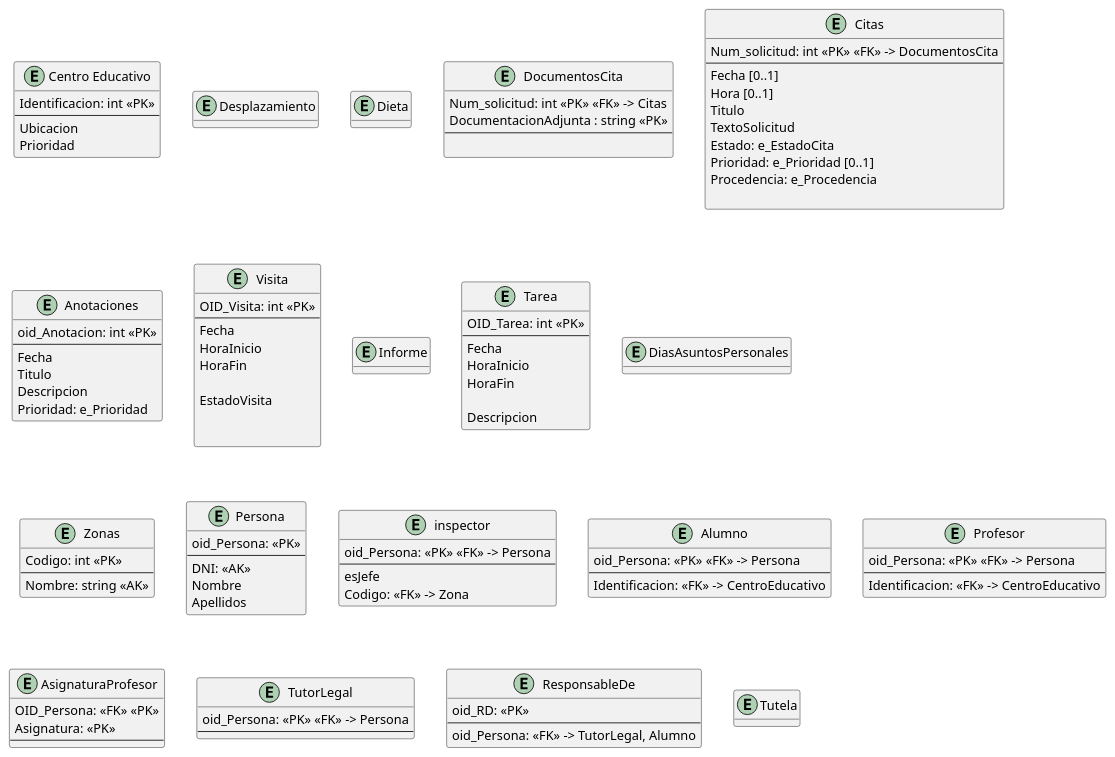
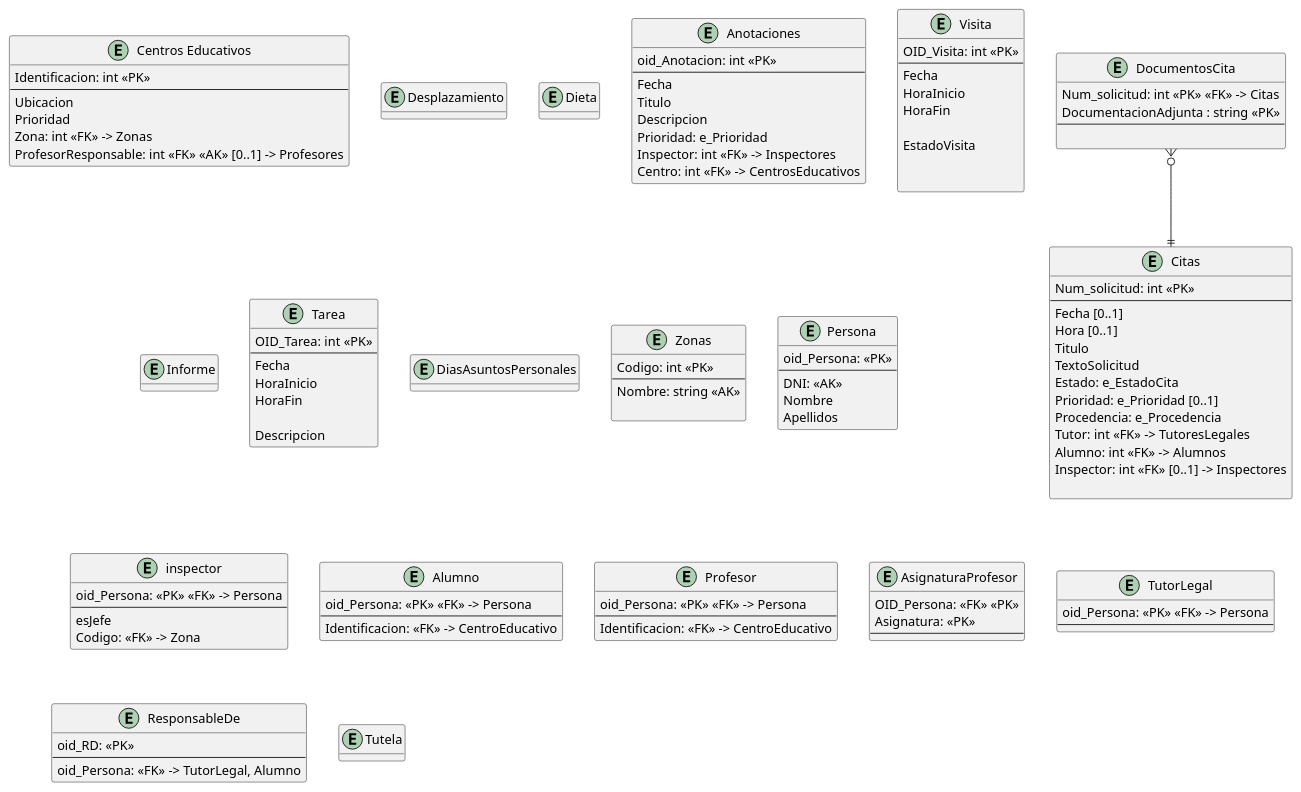
One commit to javiporti/ProyectoBD_Inspeccion_Educativa changed the diagram in modelado/modelado_relacional.puml. Above: the diagram before and after it, drawn with PlantUML.

Commit message:
Añadidas todas las FK

```diff
--- a/modelado/modelado_relacional.puml
+++ b/modelado/modelado_relacional.puml
@@ -1,135 +1,145 @@
 @startuml modelado_conceptual
 hide methods
 skinparam ClassAttributeIconSize 0
 
 
-entity "Centro Educativo" as CentrosEducativos {
+entity "Centros Educativos" as CentrosEducativos {
     Identificacion: int <<PK>>
     --
     Ubicacion
     Prioridad
+    Zona: int <<FK>> -> Zonas
+    ProfesorResponsable: int <<FK>> <<AK>> [0..1] -> Profesores
 }
 
 entity Desplazamiento {
 
 }
 
 entity Dieta {
 
 }
 
 entity DocumentosCita {
     Num_solicitud: int <<PK>> <<FK>> -> Citas
     DocumentacionAdjunta : string <<PK>>
     --
      
 }
 entity Citas {
-    Num_solicitud: int <<PK>> <<FK>> -> DocumentosCita
+    Num_solicitud: int <<PK>> 
     --
     Fecha [0..1]
     Hora [0..1]
     Titulo
     TextoSolicitud
     Estado: e_EstadoCita
     Prioridad: e_Prioridad [0..1]
     Procedencia: e_Procedencia
+    Tutor: int <<FK>> -> TutoresLegales
+    Alumno: int <<FK>> -> Alumnos
+    Inspector: int <<FK>> [0..1] -> Inspectores
 
 }
 
 entity Anotaciones {
     oid_Anotacion: int <<PK>>
     --
     Fecha
     Titulo
     Descripcion
     Prioridad: e_Prioridad
+    Inspector: int <<FK>> -> Inspectores
+    Centro: int <<FK>> -> CentrosEducativos
 }
 
 
 
 entity Visita {
     OID_Visita: int <<PK>>
     --
     Fecha
     HoraInicio
     HoraFin
 
     EstadoVisita
 
 
 }
 
 entity Informe {
 
 }
 
 entity Tarea {
     OID_Tarea: int <<PK>>
     --
     Fecha
     HoraInicio
     HoraFin
 
     Descripcion
 }
 
 entity DiasAsuntosPersonales {
 
 }
 
 entity Zonas {
     Codigo: int <<PK>>
     --
     Nombre: string <<AK>>
+    
 }
 
 entity Persona {
     oid_Persona: <<PK>>
     --
     DNI: <<AK>>
     Nombre
     Apellidos
 }
 
 entity inspector {
     oid_Persona: <<PK>> <<FK>> -> Persona
     --
     esJefe
     Codigo: <<FK>> -> Zona
 }
 
 entity Alumno {
     oid_Persona: <<PK>> <<FK>> -> Persona
     --
     Identificacion: <<FK>> -> CentroEducativo
 }
 
 entity Profesor {
     oid_Persona: <<PK>> <<FK>> -> Persona
     --
     Identificacion: <<FK>> -> CentroEducativo
 }
 
 entity AsignaturaProfesor {
     OID_Persona: <<FK>> <<PK>>
     Asignatura: <<PK>>
     --
 }
 
 entity TutorLegal {
     oid_Persona: <<PK>> <<FK>> -> Persona
     --
 }
 
 entity ResponsableDe {
     oid_RD: <<PK>>
     --
     oid_Persona: <<FK>> -> TutorLegal, Alumno
 }
 
 entity Tutela {
 
 }
 
+'------- ASOCIACIONES --------------------------------------
+DocumentosCita }o--|| Citas
 @enduml
```
